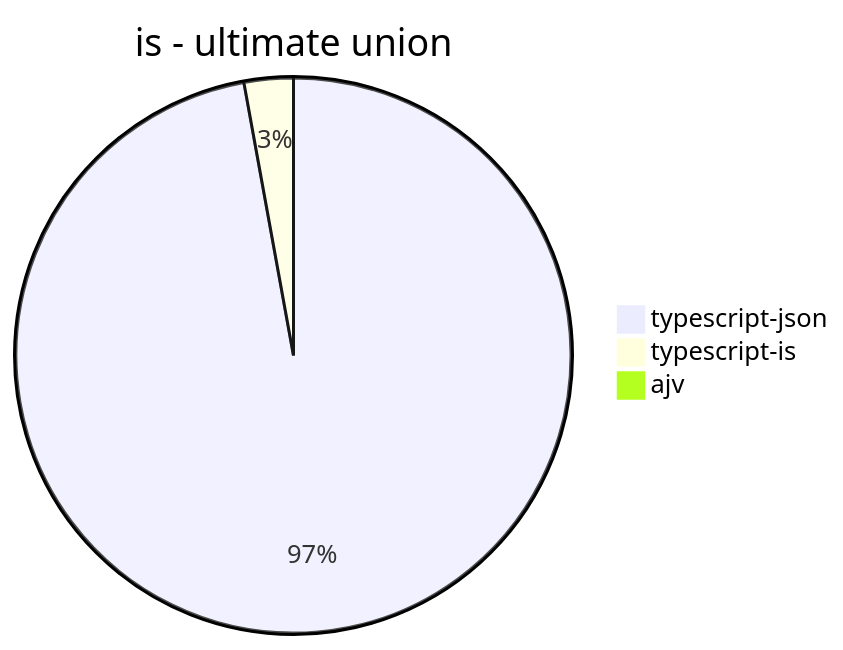
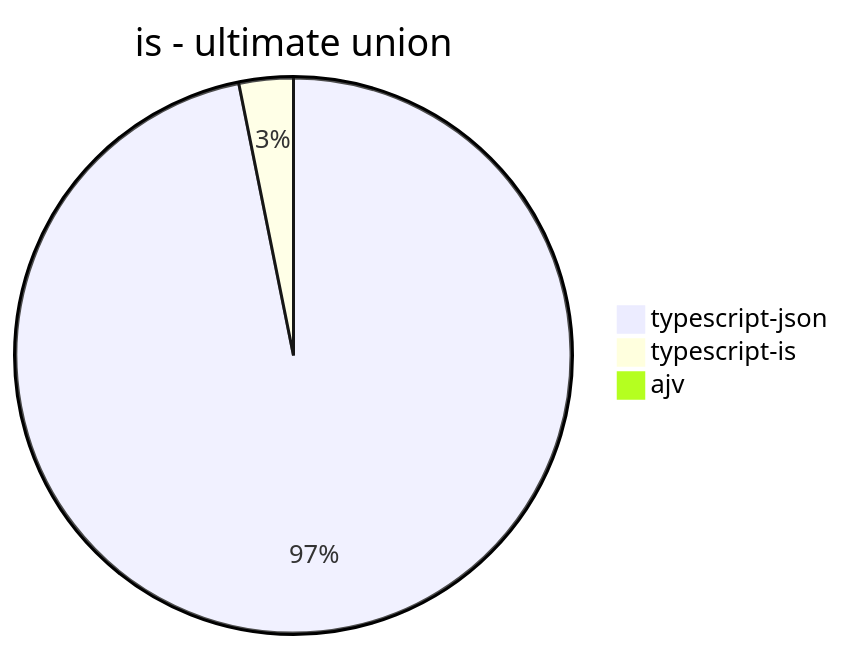
One commit to samchon/typia changed diagram 14 of 30 in benchmark/results/Apple M1 Pro.md. Above: the diagram before and after it, drawn with Mermaid. The commit also changed other lines of this file, not shown here.

````diff
--- a/benchmark/results/Apple M1 Pro.md
+++ b/benchmark/results/Apple M1 Pro.md
@@ -132,6 +132,6 @@
 ```mermaid
 pie title is - ultimate union
-  "typescript-json": 10380.880408086152
-  "typescript-is": 305.7971014492754
+  "typescript-json": 11680.754716981133
+  "typescript-is": 381.14233907524937
   "ajv": 0
 ```
````
